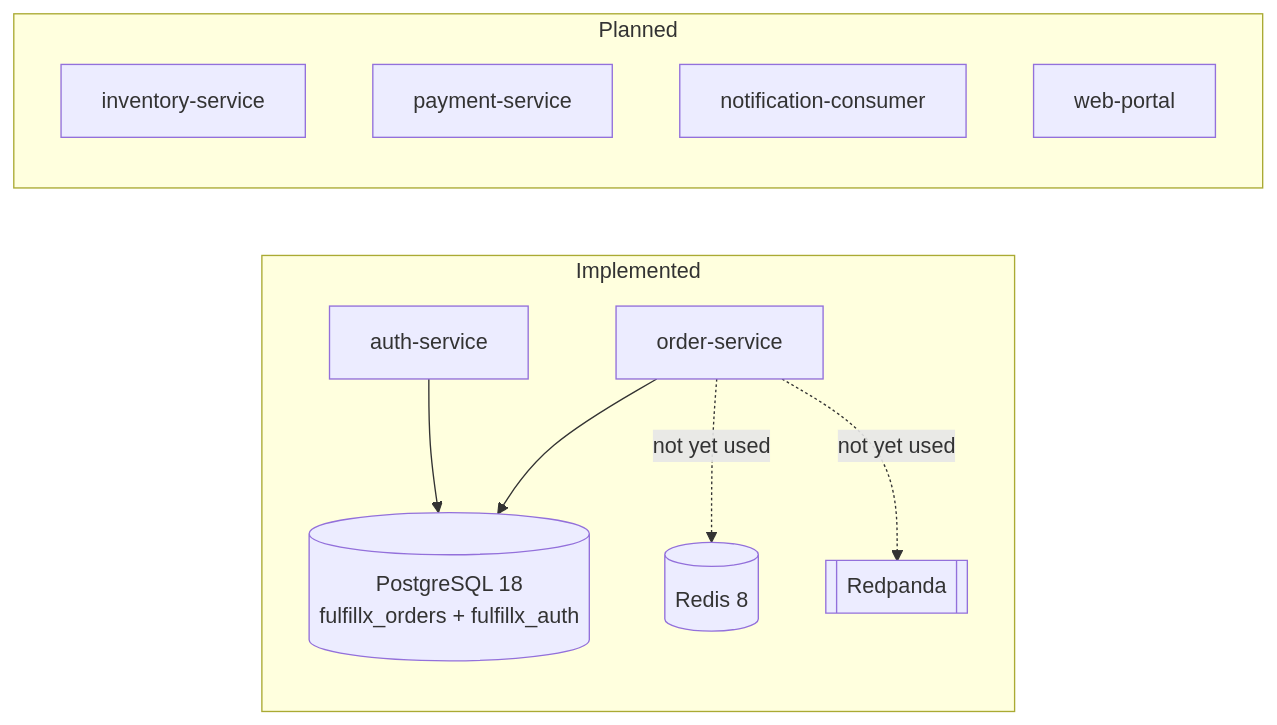
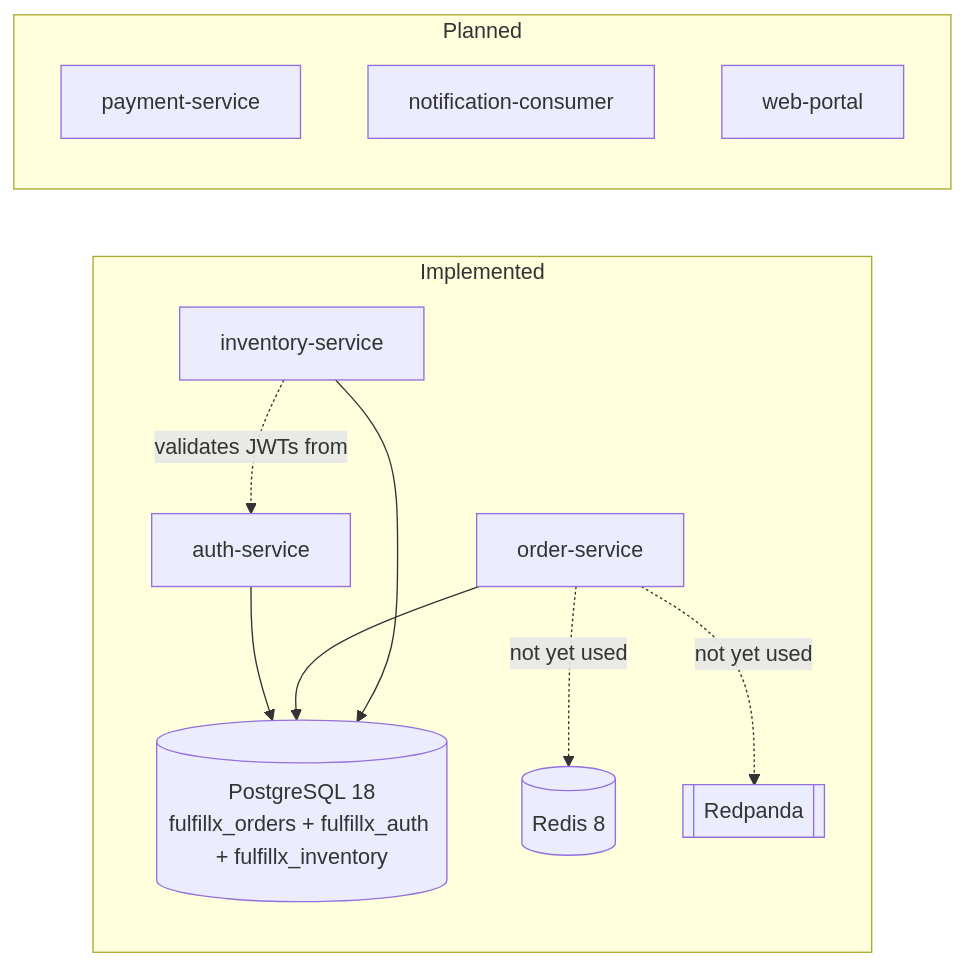
Before and after one commit to ckvishwa/fulfillx-enterprise-quality-platform: the diagram in README.md, drawn with Mermaid. The commit also changed other lines of this file and 66 other files, not shown here.

````diff
--- a/README.md
+++ b/README.md
@@ -36,20 +37,22 @@
 ```mermaid
 flowchart LR
     subgraph implemented[Implemented]
         auth[auth-service]
         order[order-service]
-        pg[(PostgreSQL 18<br/>fulfillx_orders + fulfillx_auth)]
+        inventory[inventory-service]
+        pg[(PostgreSQL 18<br/>fulfillx_orders + fulfillx_auth + fulfillx_inventory)]
         redis[(Redis 8)]
         redpanda[[Redpanda]]
     end
     subgraph planned[Planned]
-        inventory[inventory-service]
         payment[payment-service]
         notif[notification-consumer]
         portal[web-portal]
     end
     auth --> pg
     order --> pg
+    inventory --> pg
+    inventory -. validates JWTs from .-> auth
     order -. not yet used .-> redis
     order -. not yet used .-> redpanda
 ```
````
